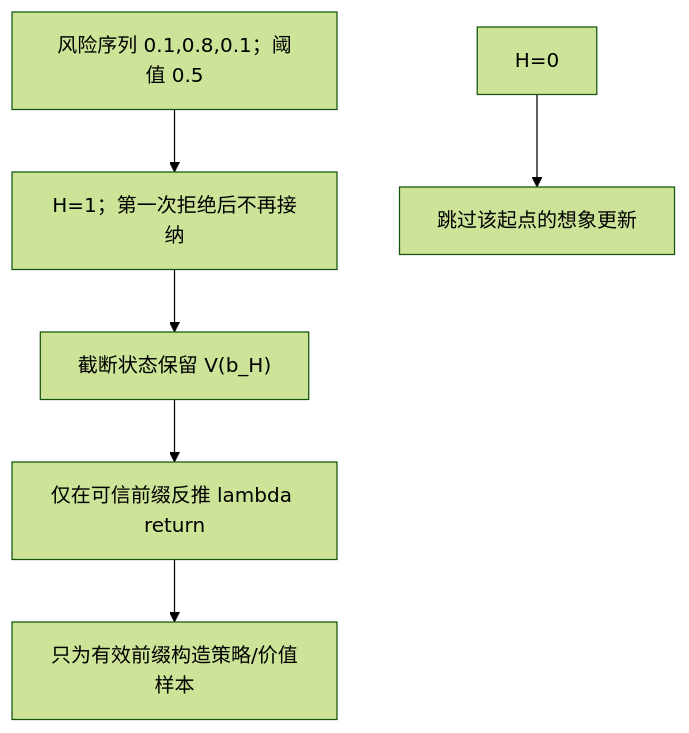
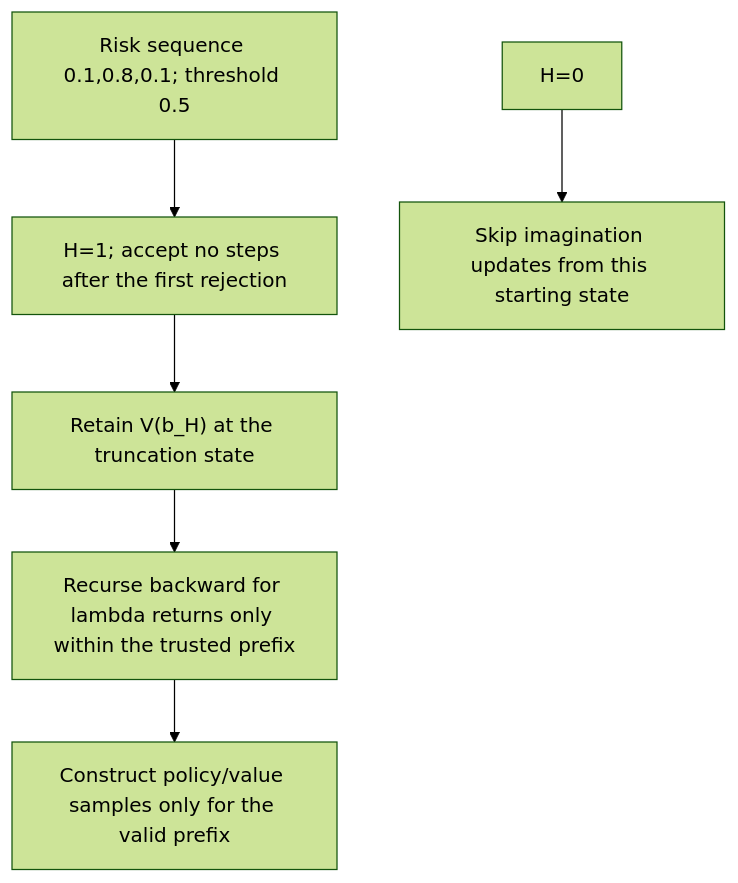
One commit to iceezhu306-lgtm/HelixWM-for-world-model changed the third of 3 diagrams in docs/DESIGN.md. Above: the diagram before and after it, drawn with Mermaid (forest theme). The commit also changed other lines of this file and 2 other files, not shown here.

Commit message:
docs: translate all repository documentation and diagrams into English

````diff
--- a/docs/DESIGN.md
+++ b/docs/DESIGN.md
@@ -89,8 +89,8 @@
 ```mermaid
 flowchart TD
-    P["风险序列 0.1,0.8,0.1；阈值 0.5"] --> H["H=1；第一次拒绝后不再接纳"]
-    H --> V["截断状态保留 V(b_H)"]
-    V --> G["仅在可信前缀反推 lambda return"]
-    G --> M["只为有效前缀构造策略/价值样本"]
-    Z["H=0"] --> N["跳过该起点的想象更新"]
+    P["Risk sequence 0.1,0.8,0.1; threshold 0.5"] --> H["H=1; accept no steps after the first rejection"]
+    H --> V["Retain V(b_H) at the truncation state"]
+    V --> G["Recurse backward for lambda returns only within the trusted prefix"]
+    G --> M["Construct policy/value samples only for the valid prefix"]
+    Z["H=0"] --> N["Skip imagination updates from this starting state"]
 ```
````
